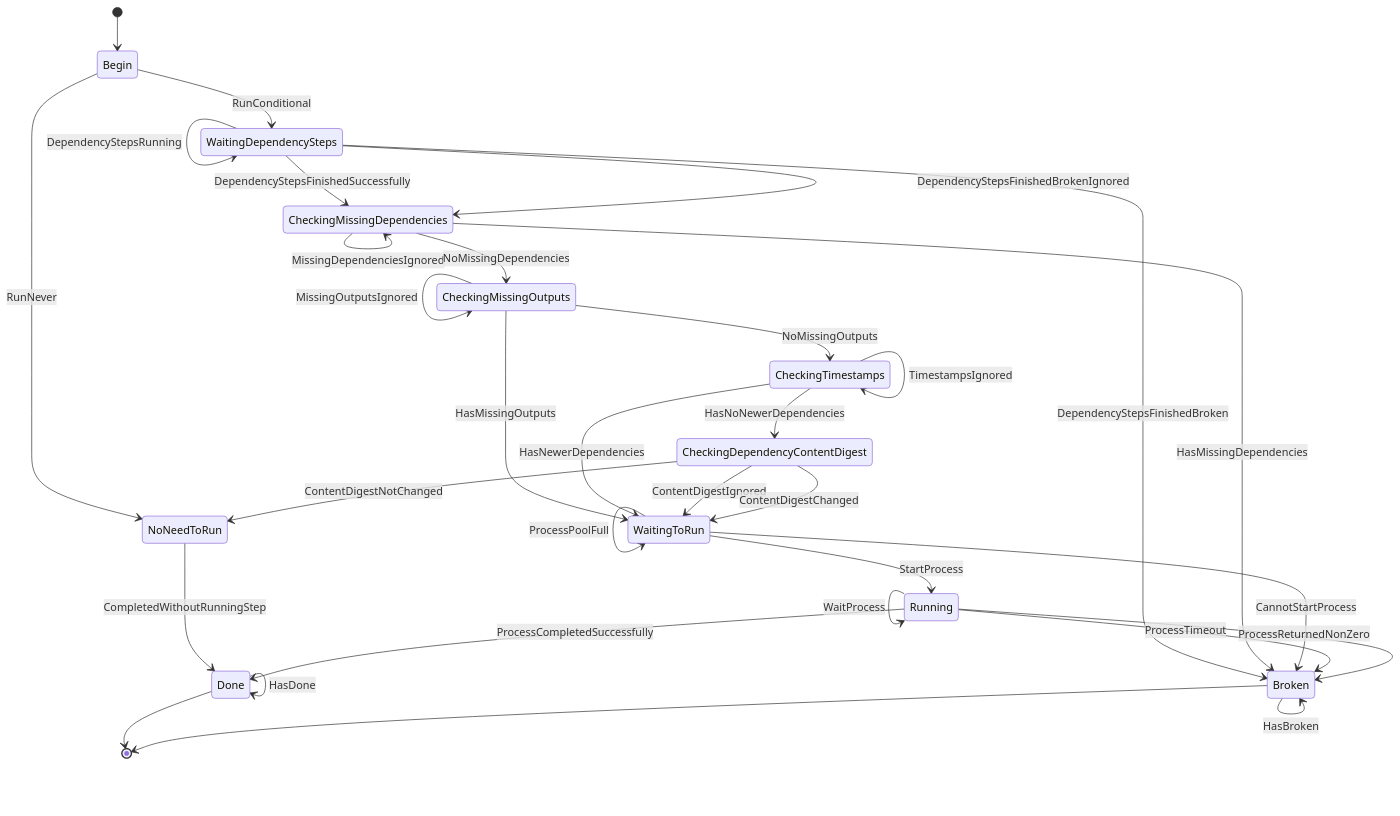
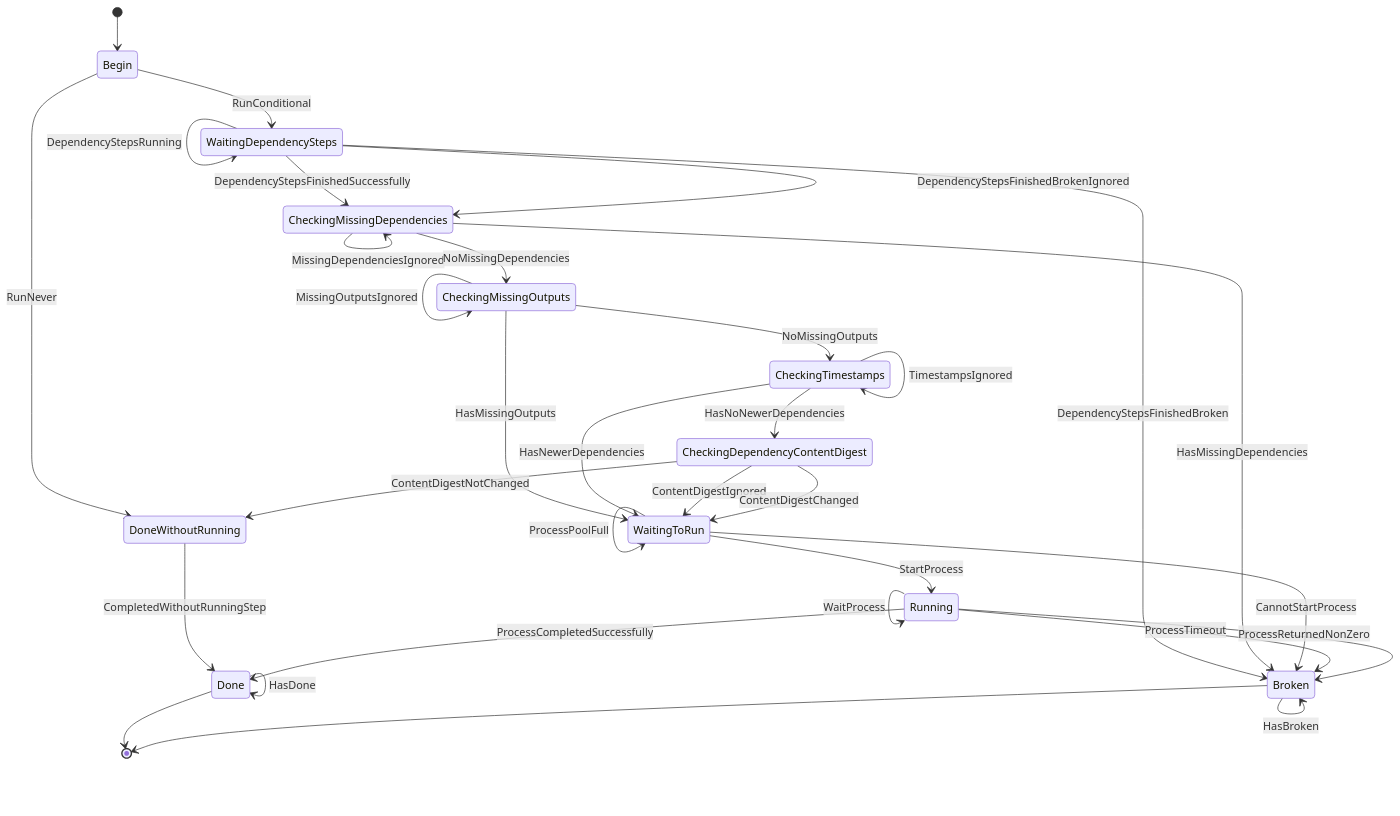
The diagram in book/src/arch/pipeline-state-machine.md (iesahin/xvc), drawn with Mermaid before and after one commit. The commit also changed other lines of this file and 3 other files, not shown here.

Commit message:
Updated state machine for DoneWithoutRunning | DoneByRunning distinction

````diff
--- a/book/src/arch/pipeline-state-machine.md
+++ b/book/src/arch/pipeline-state-machine.md
@@ -6,36 +6,36 @@
 ```mermaid
 
 stateDiagram-v2
     [*] --> Begin
-    Begin --> NoNeedToRun: RunNever
+    Begin --> DoneWithoutRunning: RunNever
     Begin --> WaitingDependencySteps: RunConditional
     WaitingDependencySteps --> WaitingDependencySteps: DependencyStepsRunning
     WaitingDependencySteps --> CheckingMissingDependencies: DependencyStepsFinishedSuccessfully
     WaitingDependencySteps --> Broken: DependencyStepsFinishedBroken
     WaitingDependencySteps --> CheckingMissingDependencies: DependencyStepsFinishedBrokenIgnored
     CheckingMissingDependencies --> CheckingMissingDependencies: MissingDependenciesIgnored
     CheckingMissingDependencies --> Broken: HasMissingDependencies
     CheckingMissingDependencies --> CheckingMissingOutputs: NoMissingDependencies
     CheckingMissingOutputs --> CheckingMissingOutputs: MissingOutputsIgnored
     CheckingMissingOutputs --> CheckingTimestamps: NoMissingOutputs
     CheckingMissingOutputs --> WaitingToRun: HasMissingOutputs
     CheckingTimestamps --> CheckingTimestamps: TimestampsIgnored
     CheckingTimestamps --> CheckingDependencyContentDigest: HasNoNewerDependencies
     CheckingTimestamps --> WaitingToRun: HasNewerDependencies
     CheckingDependencyContentDigest --> WaitingToRun: ContentDigestIgnored
-    CheckingDependencyContentDigest --> NoNeedToRun: ContentDigestNotChanged
+    CheckingDependencyContentDigest --> DoneWithoutRunning: ContentDigestNotChanged
     CheckingDependencyContentDigest --> WaitingToRun: ContentDigestChanged
-    NoNeedToRun --> Done: CompletedWithoutRunningStep
+    DoneWithoutRunning --> Done: CompletedWithoutRunningStep
     WaitingToRun --> WaitingToRun: ProcessPoolFull
     WaitingToRun --> Running: StartProcess
     WaitingToRun --> Broken: CannotStartProcess
     Running --> Running: WaitProcess
     Running --> Broken: ProcessTimeout
     Running --> Done: ProcessCompletedSuccessfully
     Running --> Broken: ProcessReturnedNonZero
     Broken --> Broken: HasBroken
     Done --> Done: HasDone
     Done --> [*]
     Broken --> [*]
 
 ```
````
